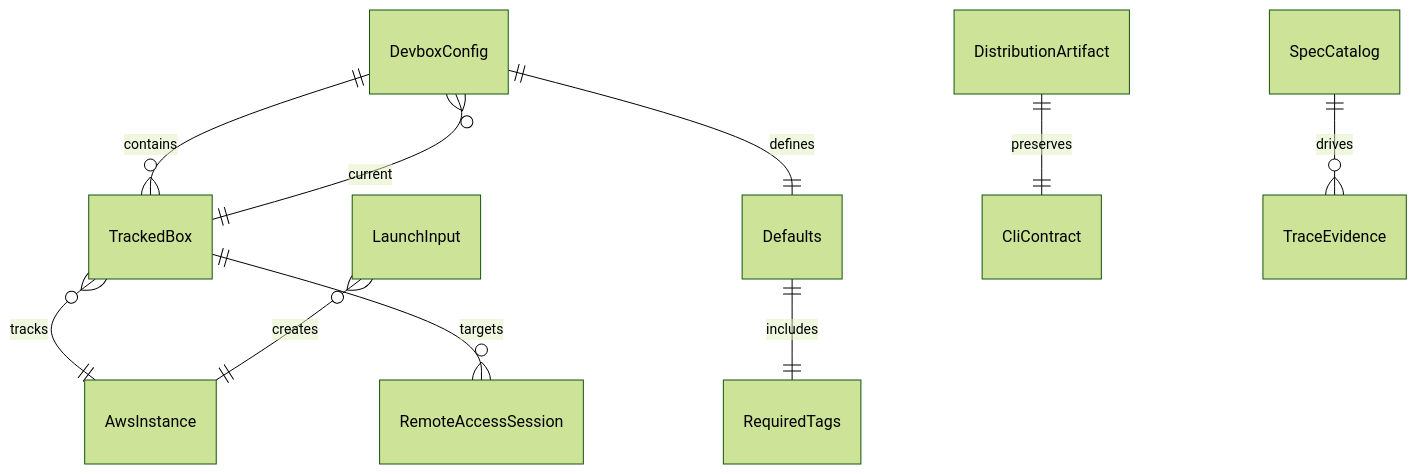
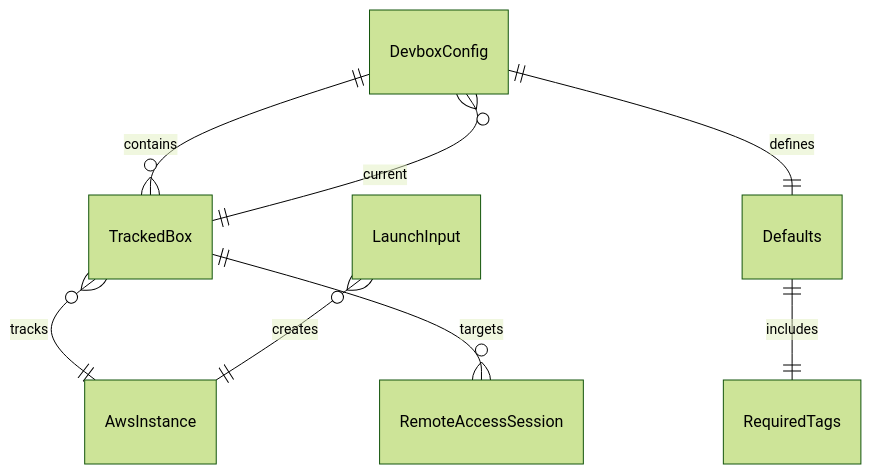
The second of 15 diagrams in docs/design12.md (ohpauleez/devbox), drawn with Mermaid (forest theme) before and after one commit. The commit also changed other lines of this file, not shown here.

````diff
--- a/docs/design12.md
+++ b/docs/design12.md
@@ -145,12 +144,10 @@
 ```mermaid
 erDiagram
     DevboxConfig ||--o{ TrackedBox : contains
     DevboxConfig ||--|| Defaults : defines
     DevboxConfig }o--|| TrackedBox : current
     TrackedBox }o--|| AwsInstance : tracks
     TrackedBox ||--o{ RemoteAccessSession : targets
     Defaults ||--|| RequiredTags : includes
     LaunchInput }o--|| AwsInstance : creates
-    DistributionArtifact ||--|| CliContract : preserves
-    SpecCatalog ||--o{ TraceEvidence : drives
 ```
````
